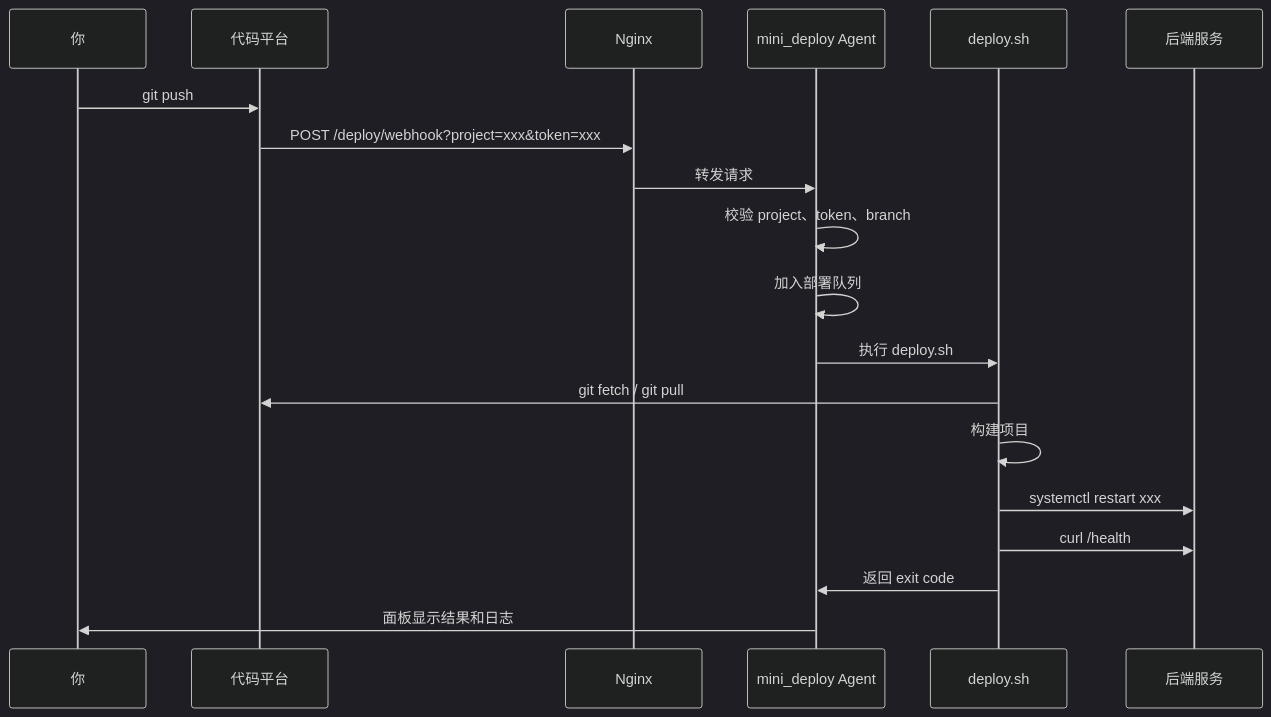
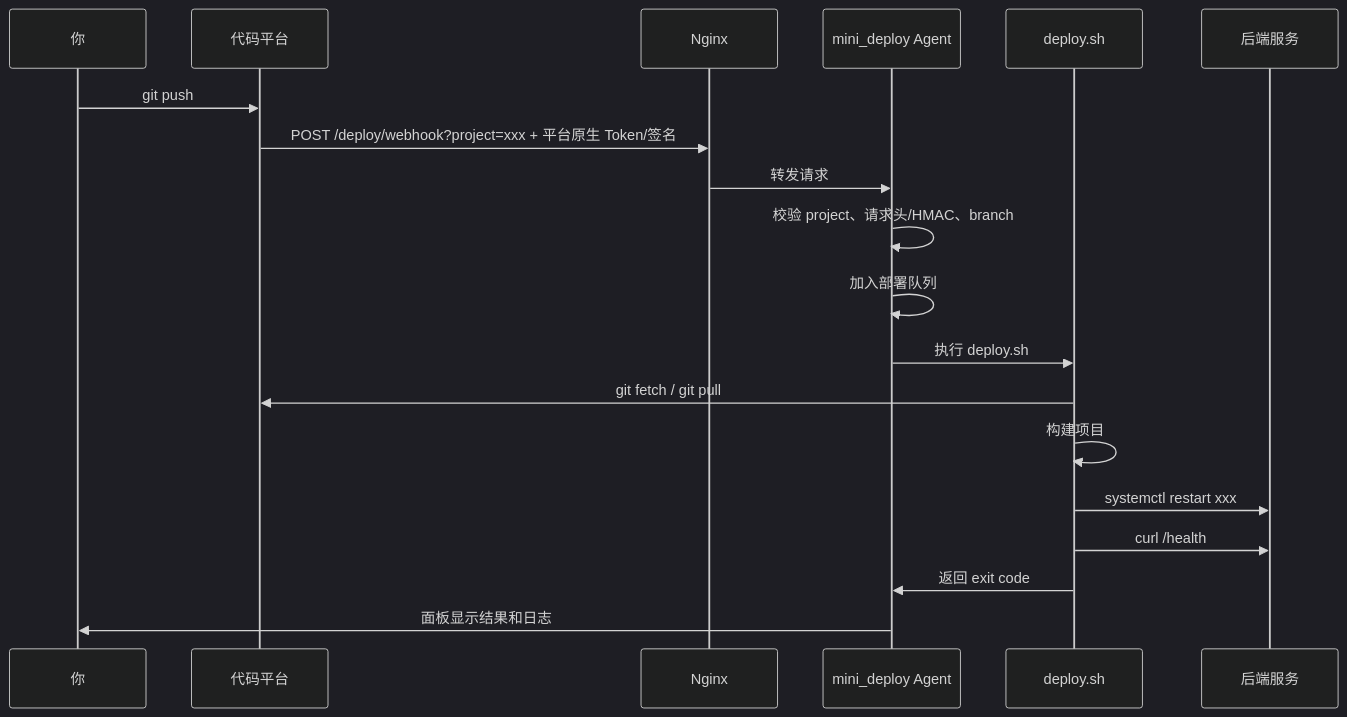
Before and after one commit to jokerXueC/mini_deploy: the fourth of 7 diagrams in docs/BEGINNER_DEPLOY_FLOW.zh-CN.md, drawn with Mermaid (dark theme). The commit also changed other lines of this file and 41 other files, not shown here.

````diff
--- a/docs/BEGINNER_DEPLOY_FLOW.zh-CN.md
+++ b/docs/BEGINNER_DEPLOY_FLOW.zh-CN.md
@@ -446,22 +455,22 @@
 ```mermaid
 sequenceDiagram
     participant Dev as 你
     participant Git as 代码平台
     participant Nginx as Nginx
     participant Agent as mini_deploy Agent
     participant Script as deploy.sh
     participant App as 后端服务
 
     Dev->>Git: git push
-    Git->>Nginx: POST /deploy/webhook?project=xxx&token=xxx
+    Git->>Nginx: POST /deploy/webhook?project=xxx + 平台原生 Token/签名
     Nginx->>Agent: 转发请求
-    Agent->>Agent: 校验 project、token、branch
+    Agent->>Agent: 校验 project、请求头/HMAC、branch
     Agent->>Agent: 加入部署队列
     Agent->>Script: 执行 deploy.sh
     Script->>Git: git fetch / git pull
     Script->>Script: 构建项目
     Script->>App: systemctl restart xxx
     Script->>App: curl /health
     Script->>Agent: 返回 exit code
     Agent->>Dev: 面板显示结果和日志
 ```
````
